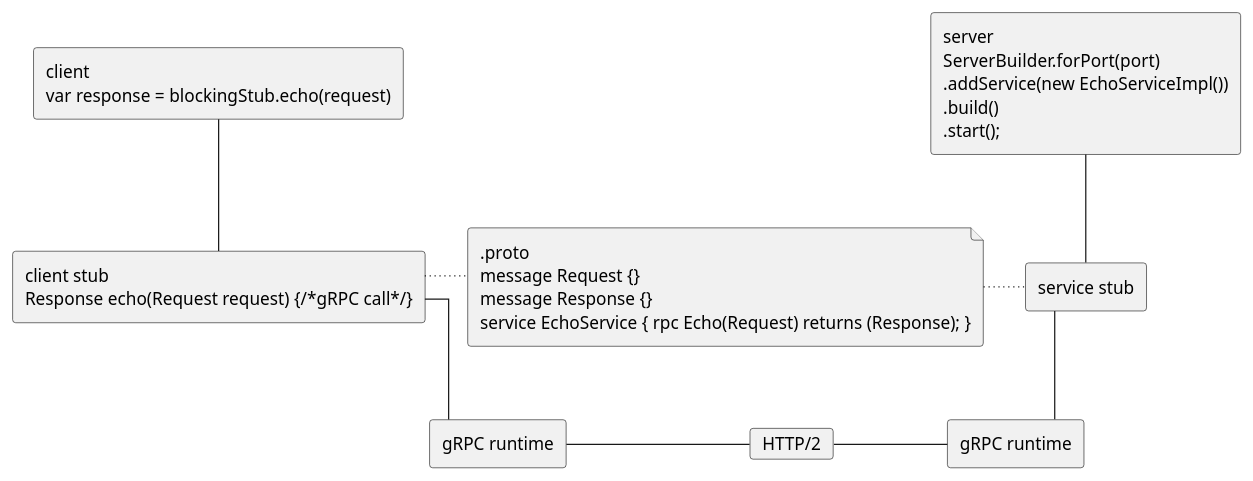
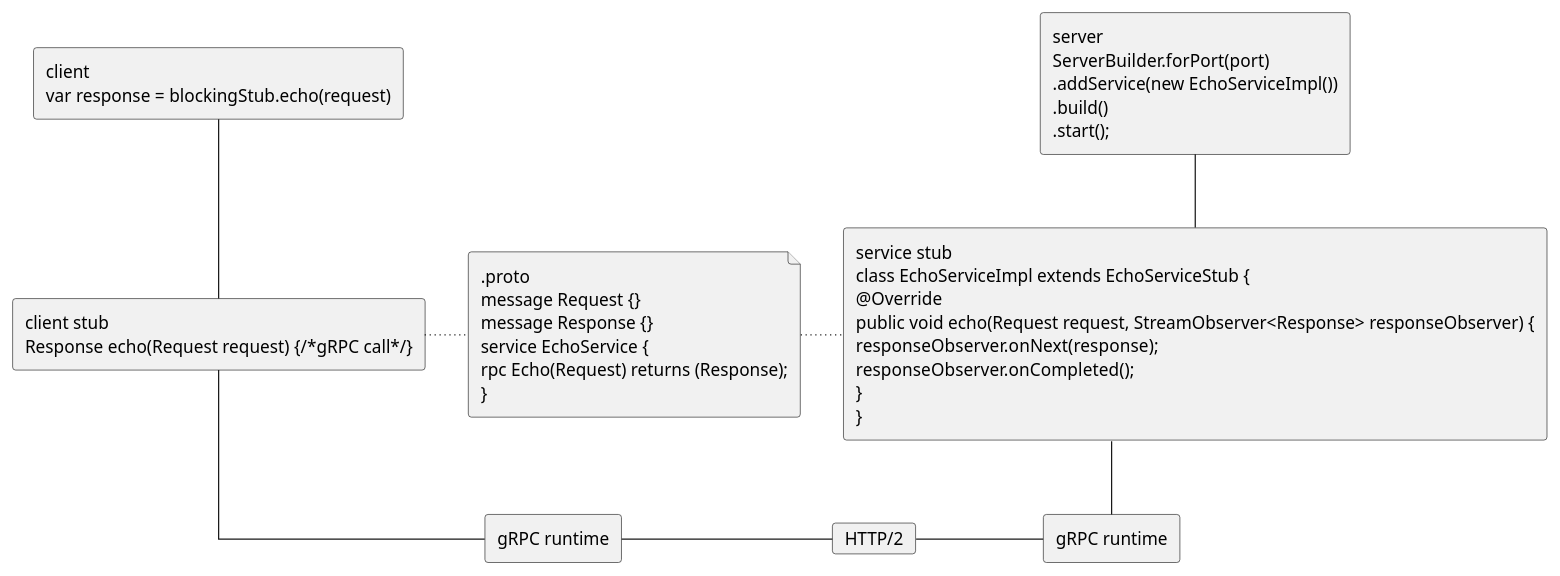
Before and after one commit to c0p4c4b4n4/grpc-grpc-java: the diagram in example1/images/RPC2.puml, drawn with PlantUML.

```diff
--- a/example1/images/RPC2.puml
+++ b/example1/images/RPC2.puml
@@ -1,28 +1,28 @@
 @startuml
 
 skinparam linetype ortho
 
 rectangle "client\nvar response = blockingStub.echo(request)" as C1
 rectangle "client stub\nResponse echo(Request request) {/*gRPC call*/}" as C2
 rectangle "gRPC runtime" as C3
 
 rectangle "server\nServerBuilder.forPort(port)\n.addService(new EchoServiceImpl())\n.build()\n.start();" as S1
-rectangle "service stub" as S2
+rectangle "service stub\nclass EchoServiceImpl extends EchoServiceStub {\n@Override\npublic void echo(Request request, StreamObserver<Response> responseObserver) {\nresponseObserver.onNext(response);\nresponseObserver.onCompleted();\n}\n}" as S2
 rectangle "gRPC runtime" as S3
 
-file ".proto\nmessage Request {}\nmessage Response {}\nservice EchoService { rpc Echo(Request) returns (Response); }" as P
+file ".proto\nmessage Request {}\nmessage Response {}\nservice EchoService {\nrpc Echo(Request) returns (Response);\n}" as P
 card "HTTP/2" as H
 
 C1 -down- C2
 C2 -down- C3
 
 S1 -down- S2
 S2 -down- S3
 
 C2 --[dotted]right-- P
 P --[dotted]right-- S2
 
 C3 -right- H
 H -right- S3
 
 @enduml
```
